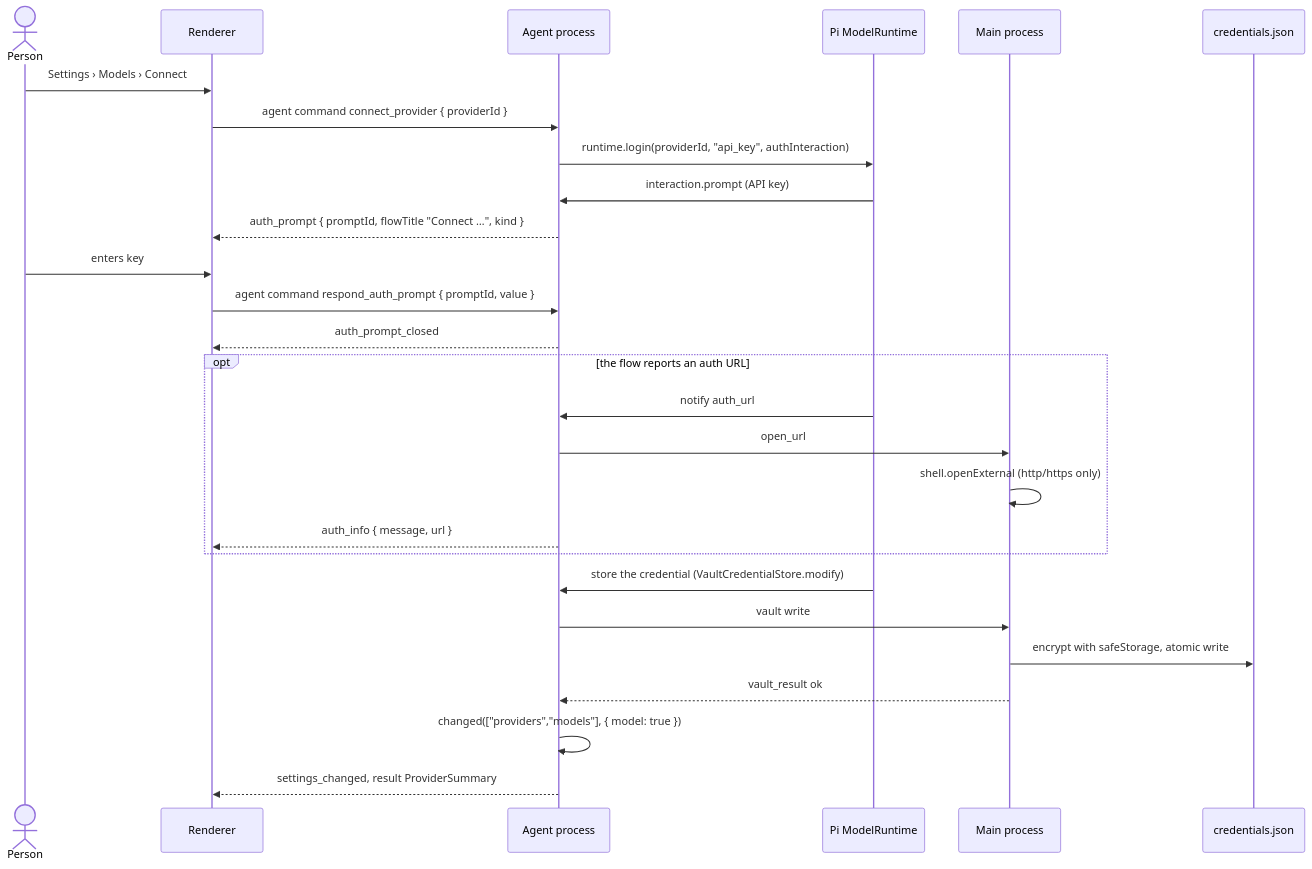
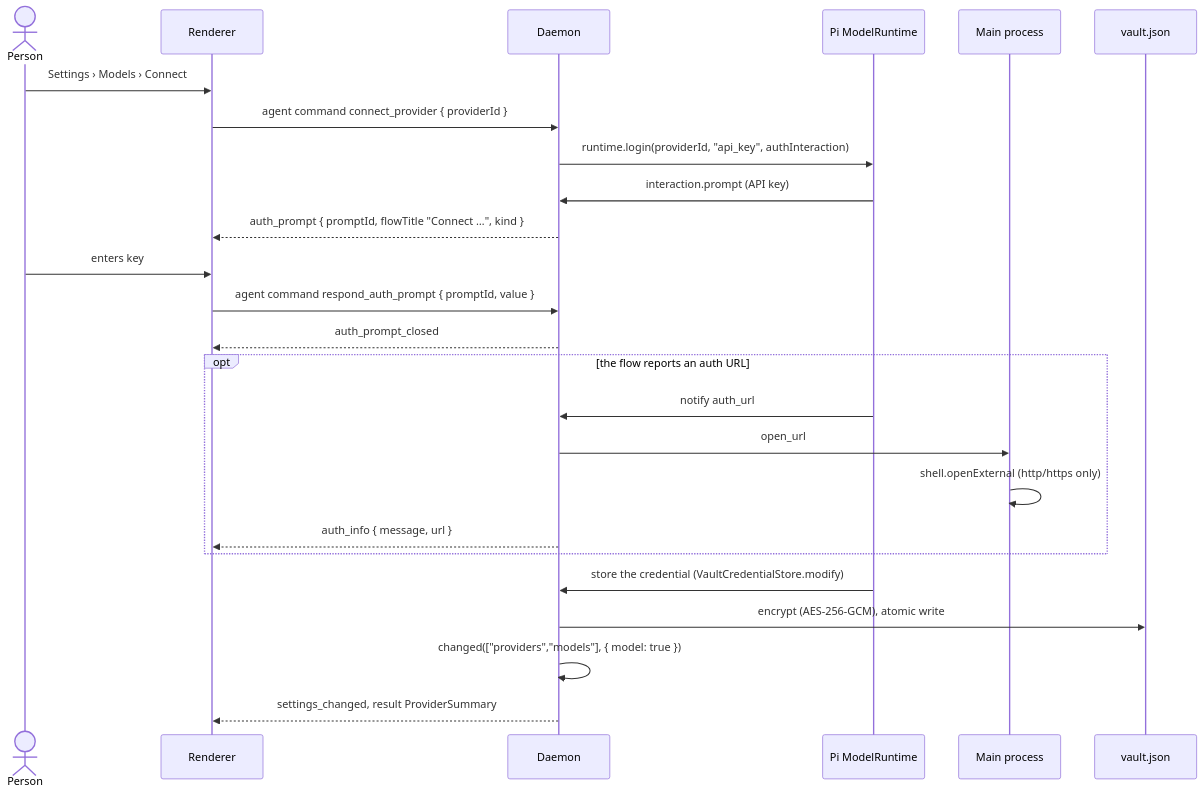
One commit to pp-techs/pp-agent changed the first of 2 diagrams in docs/architecture/providers-and-mcp.md. Above: the diagram before and after it, drawn with Mermaid. The commit also changed other lines of this file and 167 other files, not shown here.

First line of the commit message:
feat(agent): run the agent in a background daemon and add a Telegram channel (#16)

````diff
--- a/docs/architecture/providers-and-mcp.md
+++ b/docs/architecture/providers-and-mcp.md
@@ -15,29 +15,27 @@
 ```mermaid
 sequenceDiagram
   actor U as Person
   participant R as Renderer
-  participant A as Agent process
+  participant A as Daemon
   participant Pi as Pi ModelRuntime
   participant M as Main process
-  participant V as credentials.json
+  participant V as vault.json
   U->>R: Settings › Models › Connect
   R->>A: agent command connect_provider { providerId }
   A->>Pi: runtime.login(providerId, "api_key", authInteraction)
   Pi->>A: interaction.prompt (API key)
   A-->>R: auth_prompt { promptId, flowTitle "Connect …", kind }
   U->>R: enters key
   R->>A: agent command respond_auth_prompt { promptId, value }
   A-->>R: auth_prompt_closed
   opt the flow reports an auth URL
     Pi->>A: notify auth_url
     A->>M: open_url
     M->>M: shell.openExternal (http/https only)
     A-->>R: auth_info { message, url }
   end
   Pi->>A: store the credential (VaultCredentialStore.modify)
-  A->>M: vault write
-  M->>V: encrypt with safeStorage, atomic write
-  M-->>A: vault_result ok
+  A->>V: encrypt (AES-256-GCM), atomic write
   A->>A: changed(["providers","models"], { model: true })
   A-->>R: settings_changed, result ProviderSummary
 ```
````
